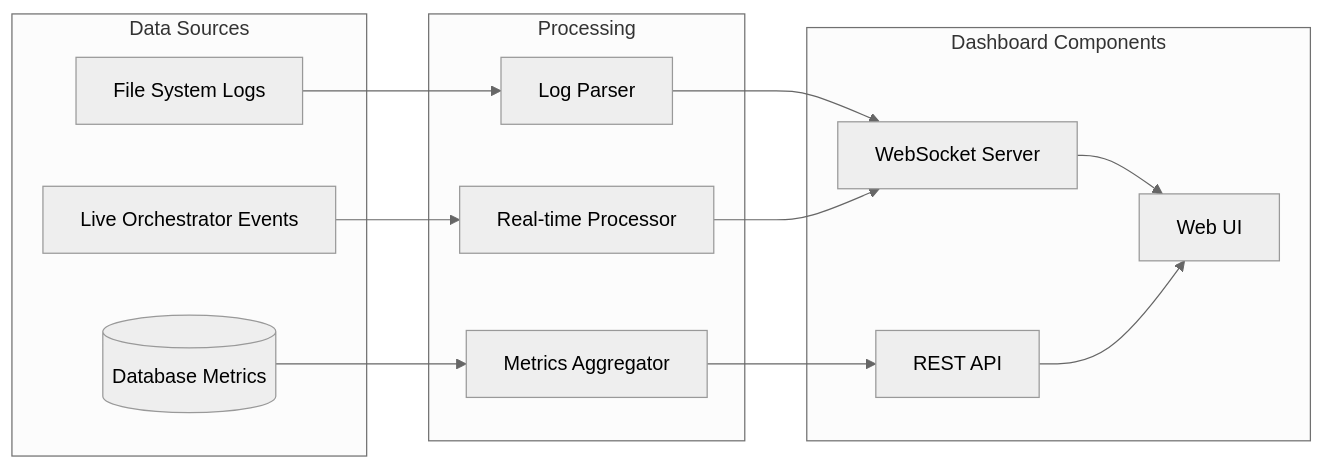
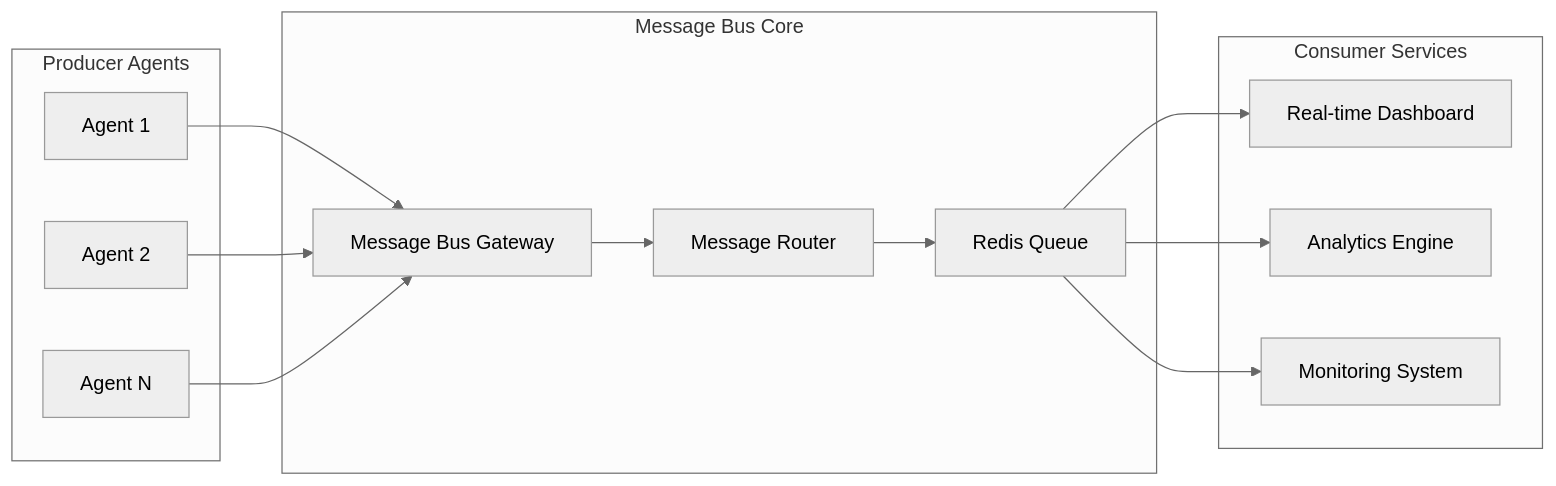
One commit to krizzo101/master_root changed the fourth of 4 diagrams in apps/agent-orchestrator/docs/ARCHITECTURE.md. Above: the diagram before and after it, drawn with Mermaid (neutral theme). The commit also changed other lines of this file and 183 other files, not shown here.

First line of the commit message:
feat: comprehensive hooks system for agent behavior optimization

````diff
--- a/apps/agent-orchestrator/docs/ARCHITECTURE.md
+++ b/apps/agent-orchestrator/docs/ARCHITECTURE.md
@@ -195,31 +289,31 @@
 ```mermaid
 graph LR
-    subgraph "Data Sources"
-        FS[File System Logs]
-        DB[(Database Metrics)]
-        Live[Live Orchestrator Events]
+    subgraph "Producer Agents"
+        A1[Agent 1]
+        A2[Agent 2]
+        A3[Agent N]
     end
 
-    subgraph "Processing"
-        Parser[Log Parser]
-        Aggregator[Metrics Aggregator]
-        StreamProcessor[Real-time Processor]
+    subgraph "Message Bus Core"
+        MB[Message Bus Gateway]
+        Router[Message Router]
+        Queue[Redis Queue]
     end
 
-    subgraph "Dashboard Components"
-        WS[WebSocket Server]
-        API[REST API]
-        UI[Web UI]
+    subgraph "Consumer Services"
+        Dashboard[Real-time Dashboard]
+        Analytics[Analytics Engine]
+        Monitor[Monitoring System]
     end
 
-    FS --> Parser
-    DB --> Aggregator
-    Live --> StreamProcessor
+    A1 --> MB
+    A2 --> MB
+    A3 --> MB
 
-    Parser --> WS
-    Aggregator --> API
-    StreamProcessor --> WS
+    MB --> Router
+    Router --> Queue
 
-    WS --> UI
-    API --> UI
+    Queue --> Dashboard
+    Queue --> Analytics
+    Queue --> Monitor
 ```
````
